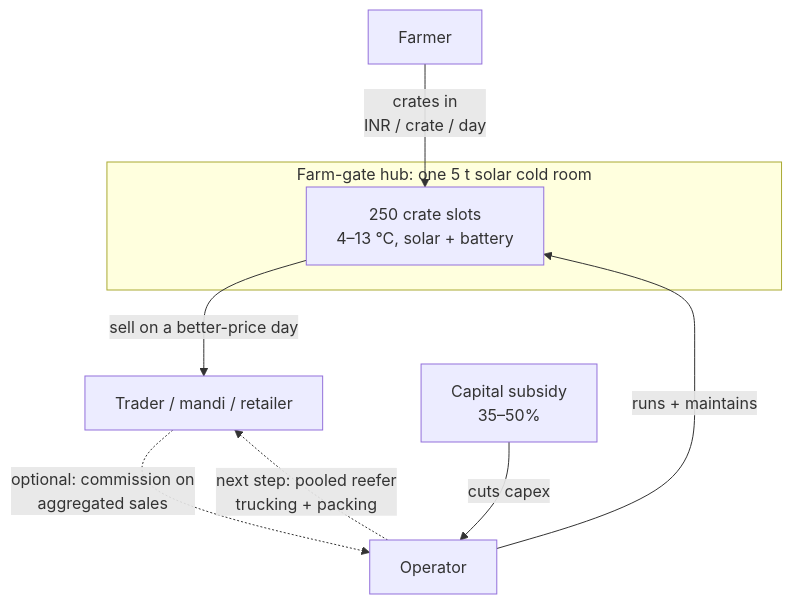
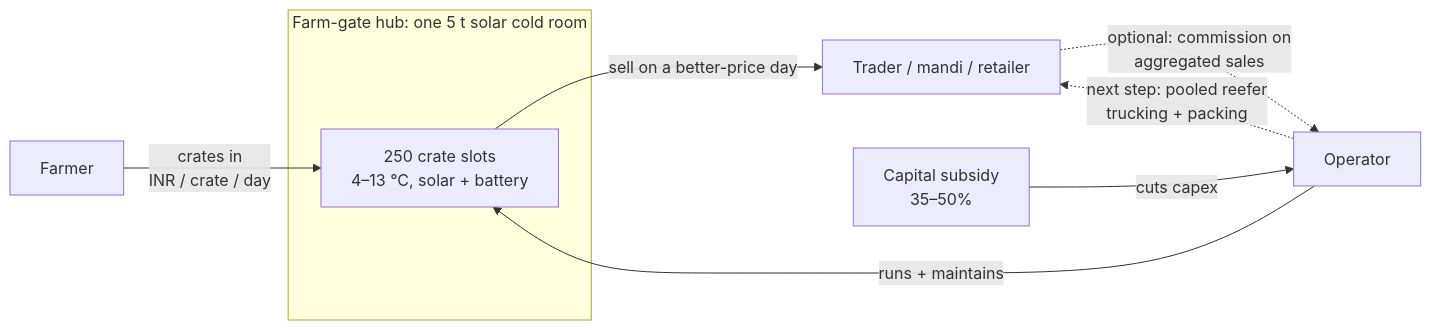
Before and after one commit to maxsancheez/research-lab: the second of 2 diagrams in entries/2026-10-13-farm-gate-cold-rooms-india/README.md, drawn with Mermaid. The commit also changed other lines of this file, not shown here.

Commit message:
Fix diagram contrast and layout

````diff
--- a/entries/2026-10-13-farm-gate-cold-rooms-india/README.md
+++ b/entries/2026-10-13-farm-gate-cold-rooms-india/README.md
@@ -41,12 +41,12 @@
 ```mermaid
-flowchart TB
+flowchart LR
     subgraph Hub["Farm-gate hub: one 5 t solar cold room"]
       CR["250 crate slots<br/>4–13 °C, solar + battery"]
     end
     Farmer -->|"crates in<br/>INR / crate / day"| CR
     CR -->|"sell on a better-price day"| Buyer["Trader / mandi / retailer"]
     Gov["Capital subsidy<br/>35–50%"] -->|"cuts capex"| Op["Operator"]
     Op -->|"runs + maintains"| CR
     Buyer -.->|"optional: commission on<br/>aggregated sales"| Op
     Op -.->|"next step: pooled reefer<br/>trucking + packing"| Buyer
 ```
````
